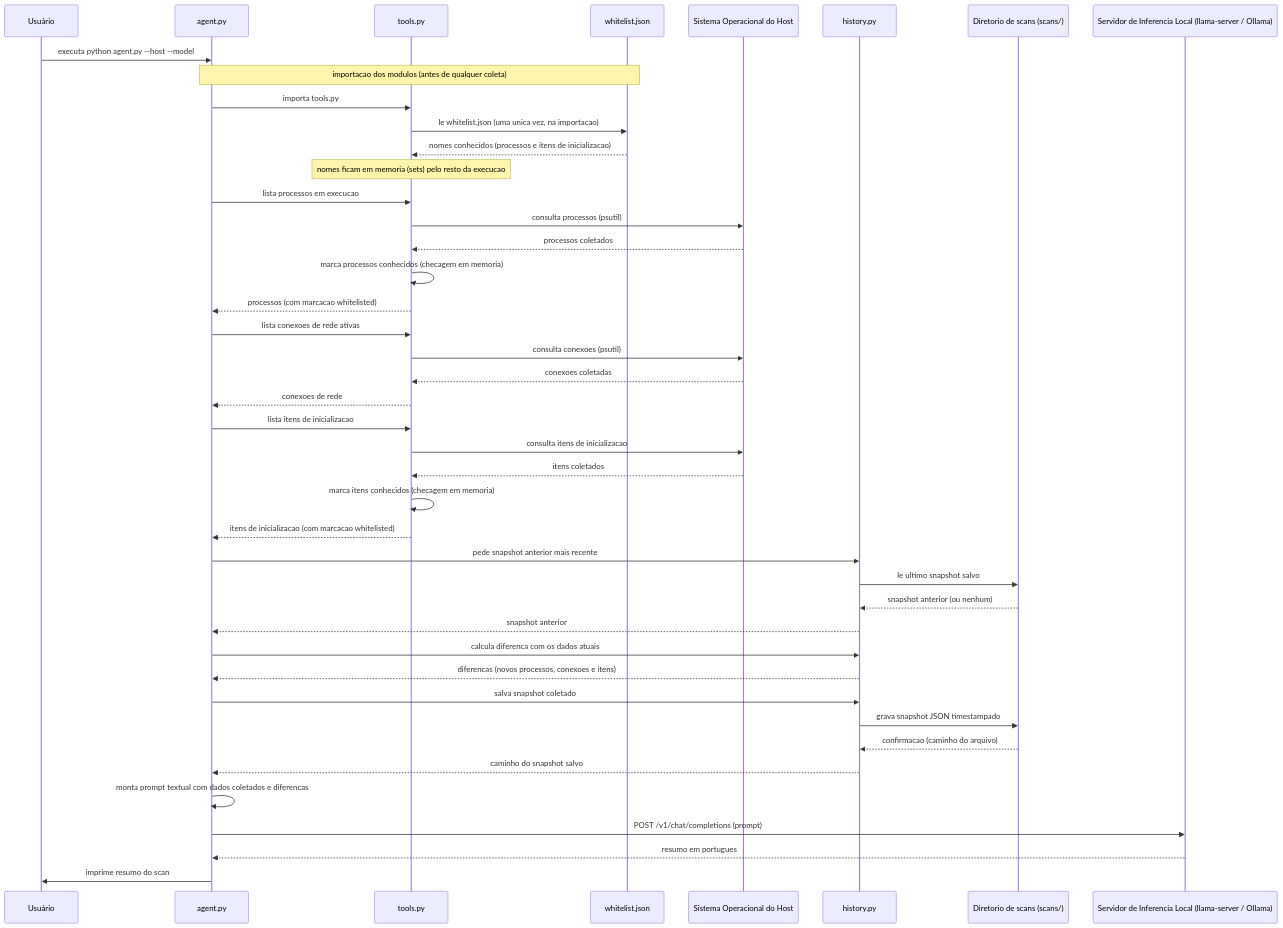
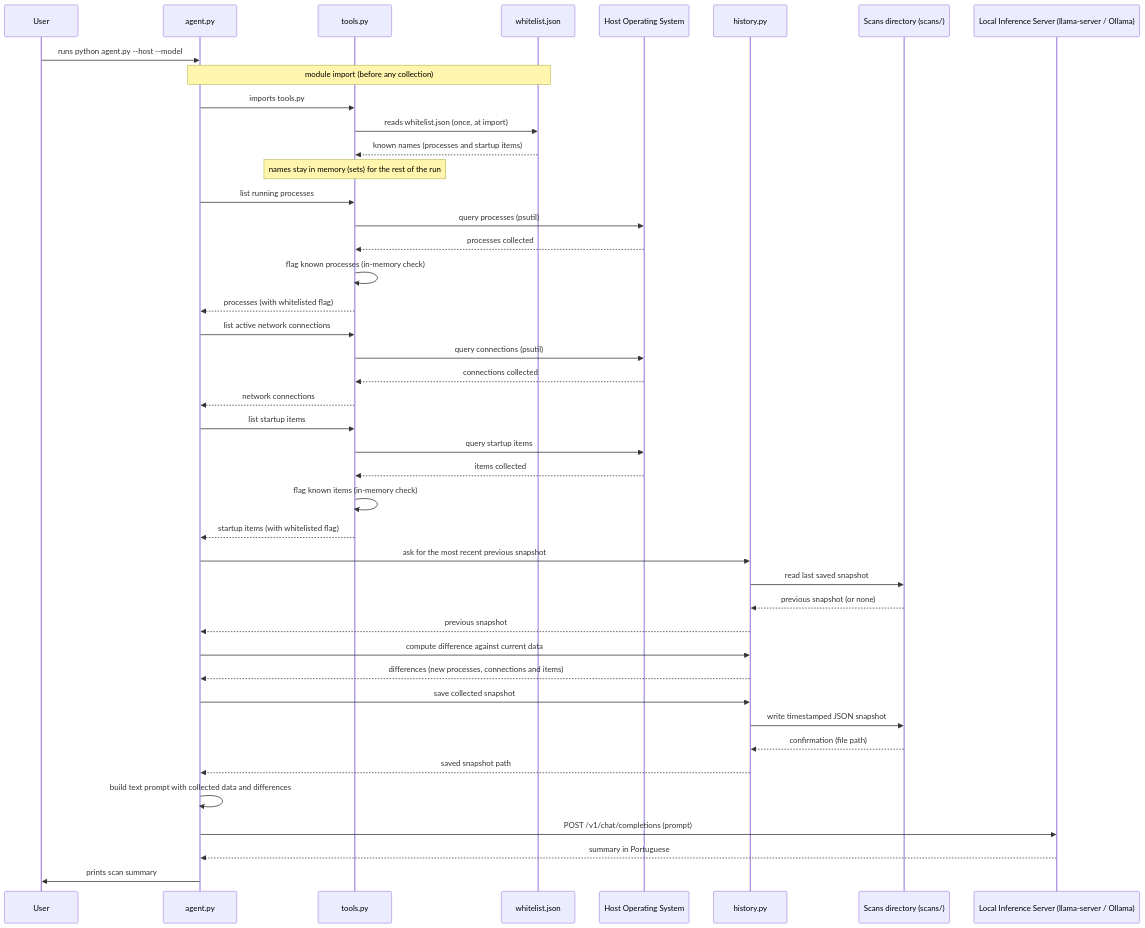
One commit to guirodrigues0987/pendrive-agent-docs changed the second of 3 diagrams in README.md. Above: the diagram before and after it, drawn with Mermaid. The commit also changed other lines of this file and 22 other files, not shown here.

````diff
--- a/README.md
+++ b/README.md
@@ -77,56 +87,56 @@
 ```mermaid
 sequenceDiagram
-    participant Usuario as Usuário
+    participant User as User
     participant Agent as agent.py
     participant Tools as tools.py
     participant Whitelist as whitelist.json
-    participant SO as Sistema Operacional do Host
+    participant OS as Host Operating System
     participant History as history.py
-    participant ScansDir as Diretorio de scans (scans/)
-    participant LLM as Servidor de Inferencia Local (llama-server / Ollama)
+    participant ScansDir as Scans directory (scans/)
+    participant LLM as Local Inference Server (llama-server / Ollama)
 
-    Usuario->>Agent: executa python agent.py --host --model
+    User->>Agent: runs python agent.py --host --model
 
-    Note over Agent,Whitelist: importacao dos modulos (antes de qualquer coleta)
-    Agent->>Tools: importa tools.py
-    Tools->>Whitelist: le whitelist.json (uma unica vez, na importacao)
-    Whitelist-->>Tools: nomes conhecidos (processos e itens de inicializacao)
-    Note over Tools: nomes ficam em memoria (sets) pelo resto da execucao
+    Note over Agent,Whitelist: module import (before any collection)
+    Agent->>Tools: imports tools.py
+    Tools->>Whitelist: reads whitelist.json (once, at import)
+    Whitelist-->>Tools: known names (processes and startup items)
+    Note over Tools: names stay in memory (sets) for the rest of the run
 
-    Agent->>Tools: lista processos em execucao
-    Tools->>SO: consulta processos (psutil)
-    SO-->>Tools: processos coletados
-    Tools->>Tools: marca processos conhecidos (checagem em memoria)
-    Tools-->>Agent: processos (com marcacao whitelisted)
+    Agent->>Tools: list running processes
+    Tools->>OS: query processes (psutil)
+    OS-->>Tools: processes collected
+    Tools->>Tools: flag known processes (in-memory check)
+    Tools-->>Agent: processes (with whitelisted flag)
 
-    Agent->>Tools: lista conexoes de rede ativas
-    Tools->>SO: consulta conexoes (psutil)
-    SO-->>Tools: conexoes coletadas
-    Tools-->>Agent: conexoes de rede
+    Agent->>Tools: list active network connections
+    Tools->>OS: query connections (psutil)
+    OS-->>Tools: connections collected
+    Tools-->>Agent: network connections
 
-    Agent->>Tools: lista itens de inicializacao
-    Tools->>SO: consulta itens de inicializacao
-    SO-->>Tools: itens coletados
-    Tools->>Tools: marca itens conhecidos (checagem em memoria)
-    Tools-->>Agent: itens de inicializacao (com marcacao whitelisted)
+    Agent->>Tools: list startup items
+    Tools->>OS: query startup items
+    OS-->>Tools: items collected
+    Tools->>Tools: flag known items (in-memory check)
+    Tools-->>Agent: startup items (with whitelisted flag)
 
-    Agent->>History: pede snapshot anterior mais recente
-    History->>ScansDir: le ultimo snapshot salvo
-    ScansDir-->>History: snapshot anterior (ou nenhum)
-    History-->>Agent: snapshot anterior
+    Agent->>History: ask for the most recent previous snapshot
+    History->>ScansDir: read last saved snapshot
+    ScansDir-->>History: previous snapshot (or none)
+    History-->>Agent: previous snapshot
 
-    Agent->>History: calcula diferenca com os dados atuais
-    History-->>Agent: diferencas (novos processos, conexoes e itens)
+    Agent->>History: compute difference against current data
+    History-->>Agent: differences (new processes, connections and items)
 
-    Agent->>History: salva snapshot coletado
-    History->>ScansDir: grava snapshot JSON timestampado
-    ScansDir-->>History: confirmacao (caminho do arquivo)
-    History-->>Agent: caminho do snapshot salvo
+    Agent->>History: save collected snapshot
+    History->>ScansDir: write timestamped JSON snapshot
+    ScansDir-->>History: confirmation (file path)
+    History-->>Agent: saved snapshot path
 
-    Agent->>Agent: monta prompt textual com dados coletados e diferencas
+    Agent->>Agent: build text prompt with collected data and differences
 
     Agent->>LLM: POST /v1/chat/completions (prompt)
-    LLM-->>Agent: resumo em portugues
+    LLM-->>Agent: summary in Portuguese
 
-    Agent->>Usuario: imprime resumo do scan
+    Agent->>User: prints scan summary
 ```
````
